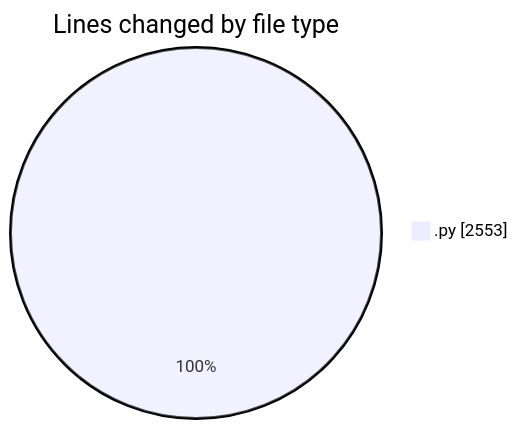
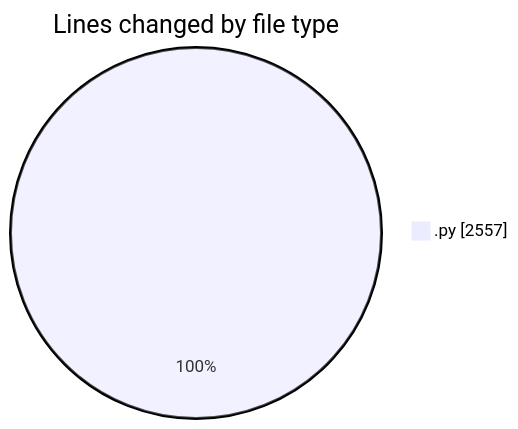
Before and after one commit to Ritupan-Deka/code-tracking: the first of 2 diagrams in 2026-01-11/dsa/README.md, drawn with Mermaid. The commit also changed other lines of this file and 1 other file, not shown here.

````diff
--- a/2026-01-11/dsa/README.md
+++ b/2026-01-11/dsa/README.md
@@ -21,5 +21,5 @@
 ```mermaid
 pie showData
 title Lines changed by file type
-".py" : 2553
+".py" : 2557
 ```
````
